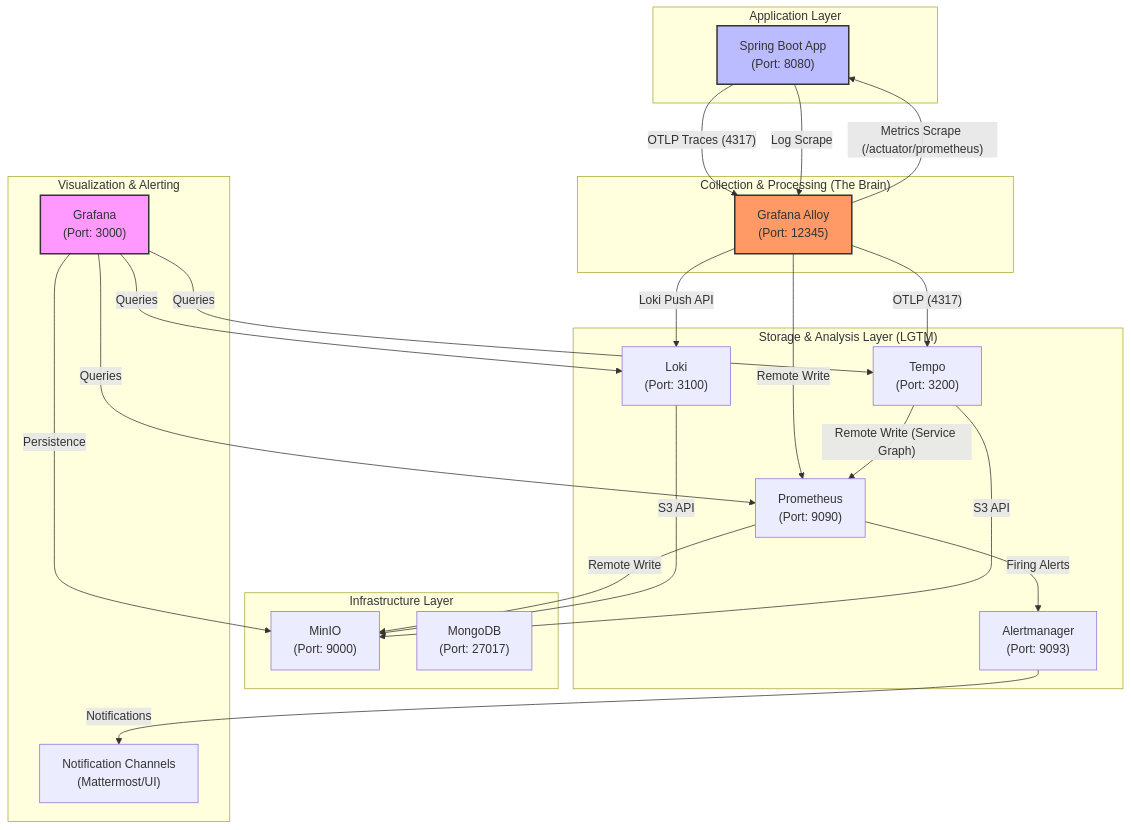
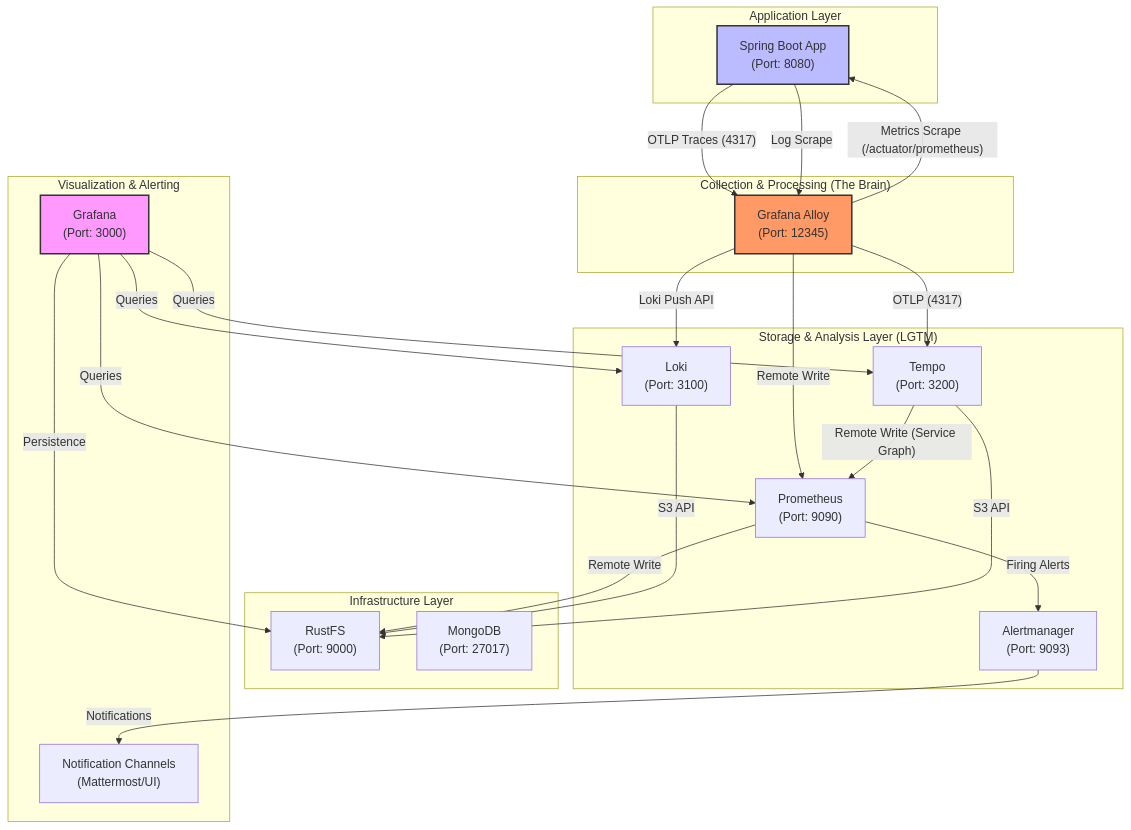
Before and after one commit to bwgjoseph/spring-boot-lgtm: the diagram in README.md, drawn with Mermaid. The commit also changed other lines of this file and 8 other files, not shown here.

Commit message:
docs: align documentation and verification scripts with RustFS S3 backend and latest Helm chart versions

````diff
--- a/README.md
+++ b/README.md
@@ -28,58 +28,58 @@
 ```mermaid
 graph TD
     subgraph "Application Layer"
         APP["Spring Boot App<br/>(Port: 8080)"]
     end
 
     subgraph "Collection & Processing (The Brain)"
         ALLOY["Grafana Alloy<br/>(Port: 12345)"]
     end
 
     subgraph "Storage & Analysis Layer (LGTM)"
         PROM["Prometheus<br/>(Port: 9090)"]
         LOKI["Loki<br/>(Port: 3100)"]
         TEMPO["Tempo<br/>(Port: 3200)"]
         AM["Alertmanager<br/>(Port: 9093)"]
     end
 
     subgraph "Infrastructure Layer"
-        MINIO["MinIO<br/>(Port: 9000)"]
+        RUSTFS["RustFS<br/>(Port: 9000)"]
         MONGO["MongoDB<br/>(Port: 27017)"]
     end
 
     subgraph "Visualization & Alerting"
         GRAFANA["Grafana<br/>(Port: 3000)"]
         NOTIFY["Notification Channels<br/>(Mattermost/UI)"]
     end
 
     %% Data Flow: Application to Alloy
     APP -- "OTLP Traces (4317)" --> ALLOY
     APP -- "Log Scrape" --> ALLOY
     ALLOY -- "Metrics Scrape (/actuator/prometheus)" --> APP
 
     %% Data Flow: Alloy to Backends
     ALLOY -- "Remote Write" --> PROM
     ALLOY -- "Loki Push API" --> LOKI
     ALLOY -- "OTLP (4317)" --> TEMPO
 
     %% Storage Relationships
-    PROM -- "Remote Write" --> MINIO
-    LOKI -- "S3 API" --> MINIO
-    TEMPO -- "S3 API" --> MINIO
+    PROM -- "Remote Write" --> RUSTFS
+    LOKI -- "S3 API" --> RUSTFS
+    TEMPO -- "S3 API" --> RUSTFS
     
     %% Internal Correlation & Alerting
     TEMPO -- "Remote Write (Service Graph)" --> PROM
     PROM -- "Firing Alerts" --> AM
     AM -- "Notifications" --> NOTIFY
 
     %% Visualization & Config
     GRAFANA -- "Queries" --> PROM
     GRAFANA -- "Queries" --> LOKI
     GRAFANA -- "Queries" --> TEMPO
-    GRAFANA -- "Persistence" --> MINIO
+    GRAFANA -- "Persistence" --> RUSTFS
 
     %% Styling
     style ALLOY fill:#f96,stroke:#333,stroke-width:2px
     style GRAFANA fill:#f9f,stroke:#333,stroke-width:2px
     style APP fill:#bbf,stroke:#333,stroke-width:2px
 ```
````
